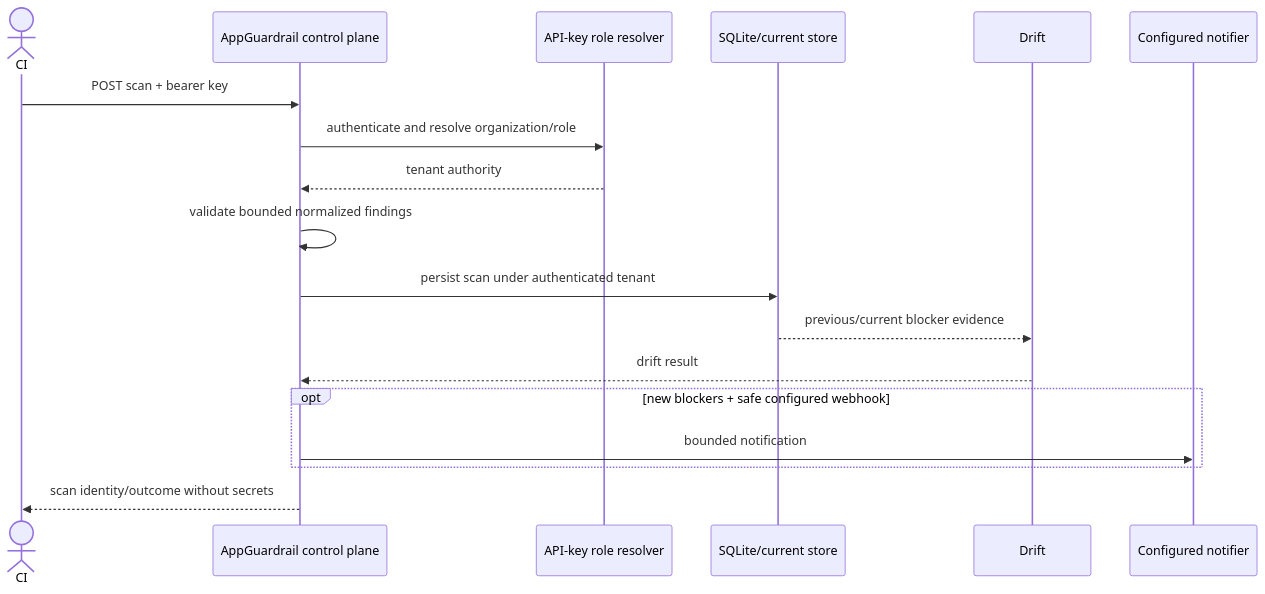
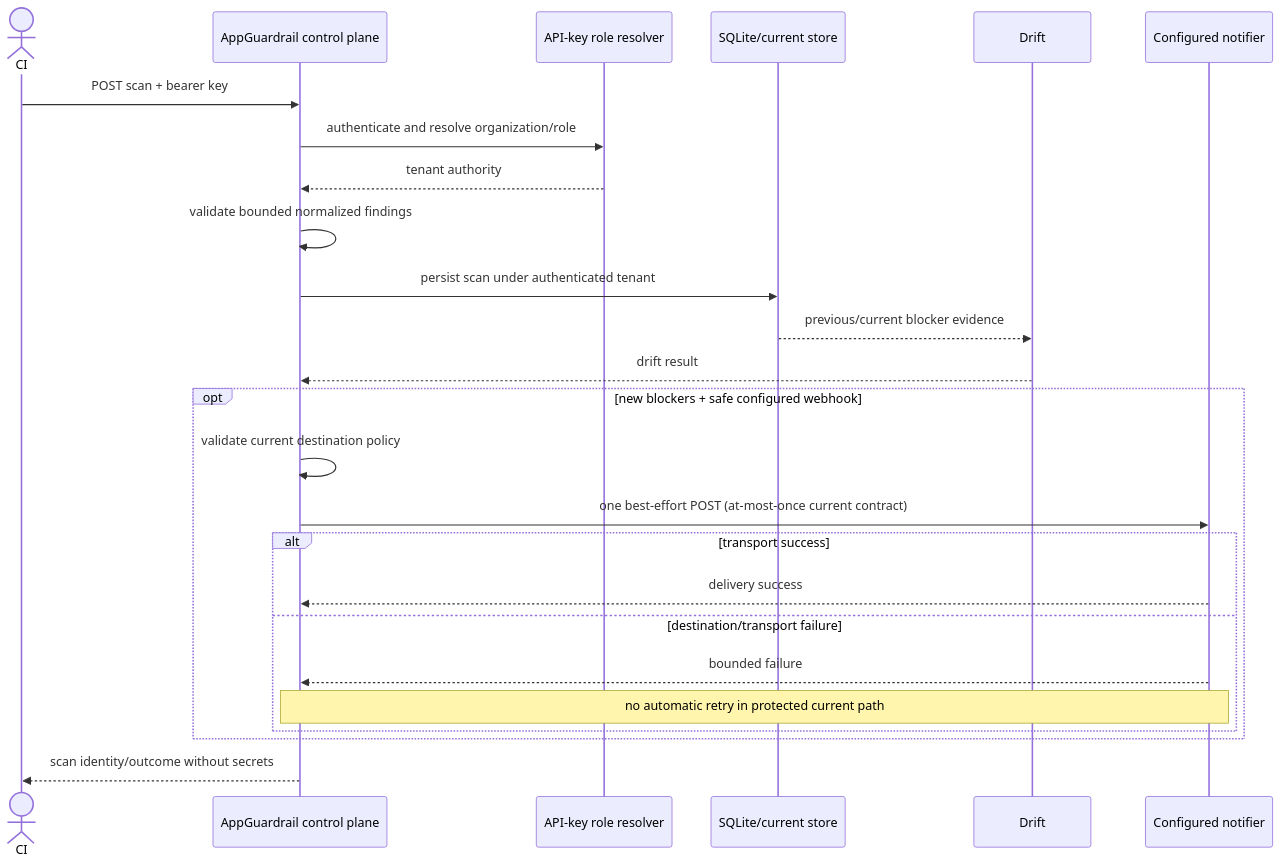
One commit to ContextualWisdomLab/appguardrail changed the fourth of 7 diagrams in docs/UML.md. Above: the diagram before and after it, drawn with Mermaid. The commit also changed other lines of this file, not shown here.

Commit message:
docs: correct detector maturity and webhook delivery flow

````diff
--- a/docs/UML.md
+++ b/docs/UML.md
@@ -74,21 +74,28 @@
 ```mermaid
 sequenceDiagram
     actor CI
     participant API as AppGuardrail control plane
     participant Auth as API-key role resolver
     participant DB as SQLite/current store
     participant Drift
     participant Webhook as Configured notifier
 
     CI->>API: POST scan + bearer key
     API->>Auth: authenticate and resolve organization/role
     Auth-->>API: tenant authority
     API->>API: validate bounded normalized findings
     API->>DB: persist scan under authenticated tenant
     DB-->>Drift: previous/current blocker evidence
     Drift-->>API: drift result
     opt new blockers + safe configured webhook
-        API->>Webhook: bounded notification
+        API->>API: validate current destination policy
+        API->>Webhook: one best-effort POST (at-most-once current contract)
+        alt transport success
+            Webhook-->>API: delivery success
+        else destination/transport failure
+            Webhook-->>API: bounded failure
+            Note over API,Webhook: no automatic retry in protected current path
+        end
     end
     API-->>CI: scan identity/outcome without secrets
 ```
````
